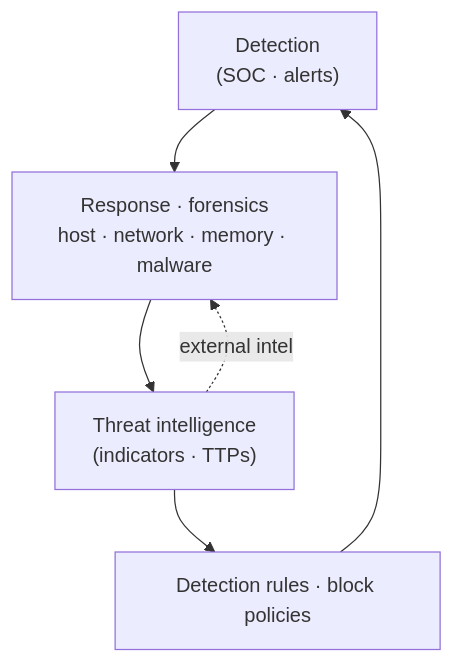
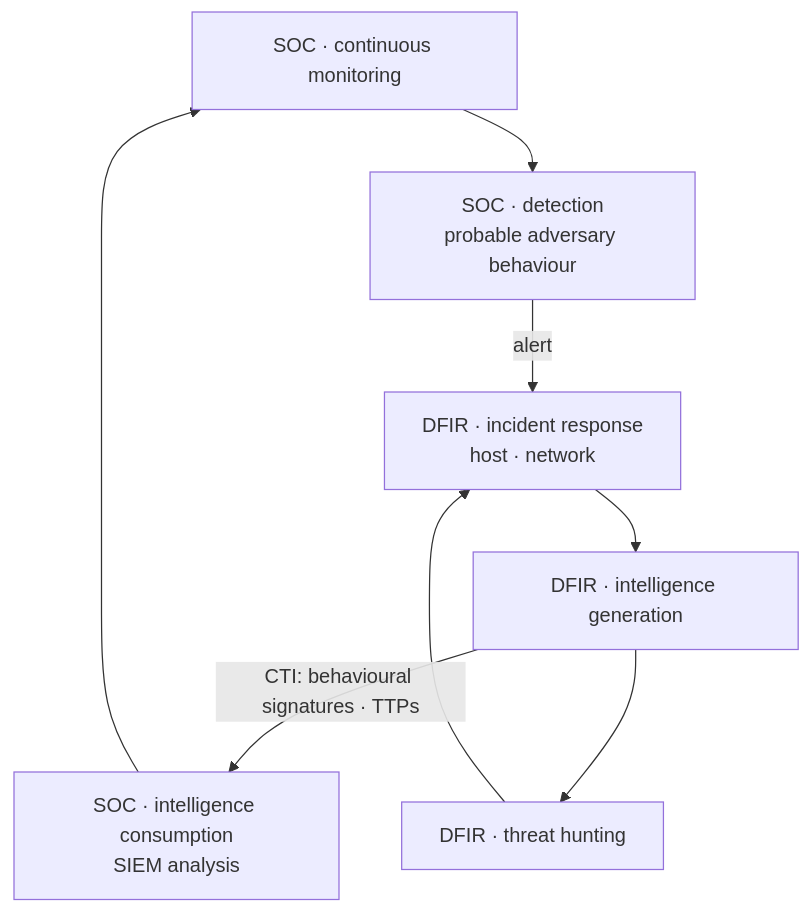
One commit to DFIDwiz-sketch/dfir-handbook changed the fifth of 6 diagrams in docs/training/network-forensics/part-1/why-network-forensics.md. Above: the diagram before and after it, drawn with Mermaid. The commit also changed other lines of this file and 3 other files, not shown here.

First line of the commit message:
Network Forensics 1.1: add slide-only topics missed in first draft (KO + EN)

````diff
--- a/docs/training/network-forensics/part-1/why-network-forensics.md
+++ b/docs/training/network-forensics/part-1/why-network-forensics.md
@@ -198,8 +221,10 @@
 ```mermaid
 flowchart TD
-    D["Detection<br/>(SOC · alerts)"] --> I["Response · forensics<br/>host · network · memory · malware"]
-    I --> T["Threat intelligence<br/>(indicators · TTPs)"]
-    T --> S["Detection rules · block policies"]
-    S --> D
-    T -.external intel.-> I
+    M["SOC · continuous monitoring"] --> DET["SOC · detection<br/>probable adversary behaviour"]
+    DET -->|"alert"| IR["DFIR · incident response<br/>host · network"]
+    IR --> TG["DFIR · intelligence generation"]
+    TG -->|"CTI: behavioural signatures · TTPs"| SC["SOC · intelligence consumption<br/>SIEM analysis"]
+    SC --> M
+    TG --> HU["DFIR · threat hunting"]
+    HU --> IR
 ```
````
